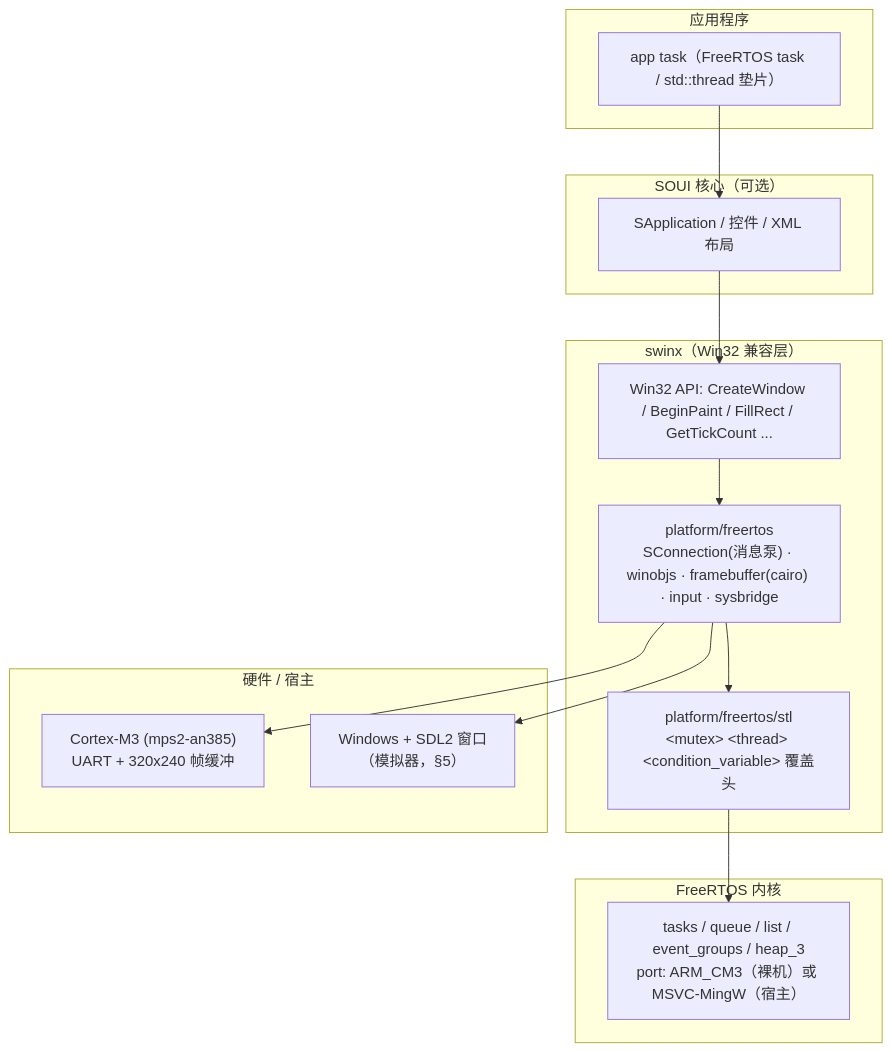
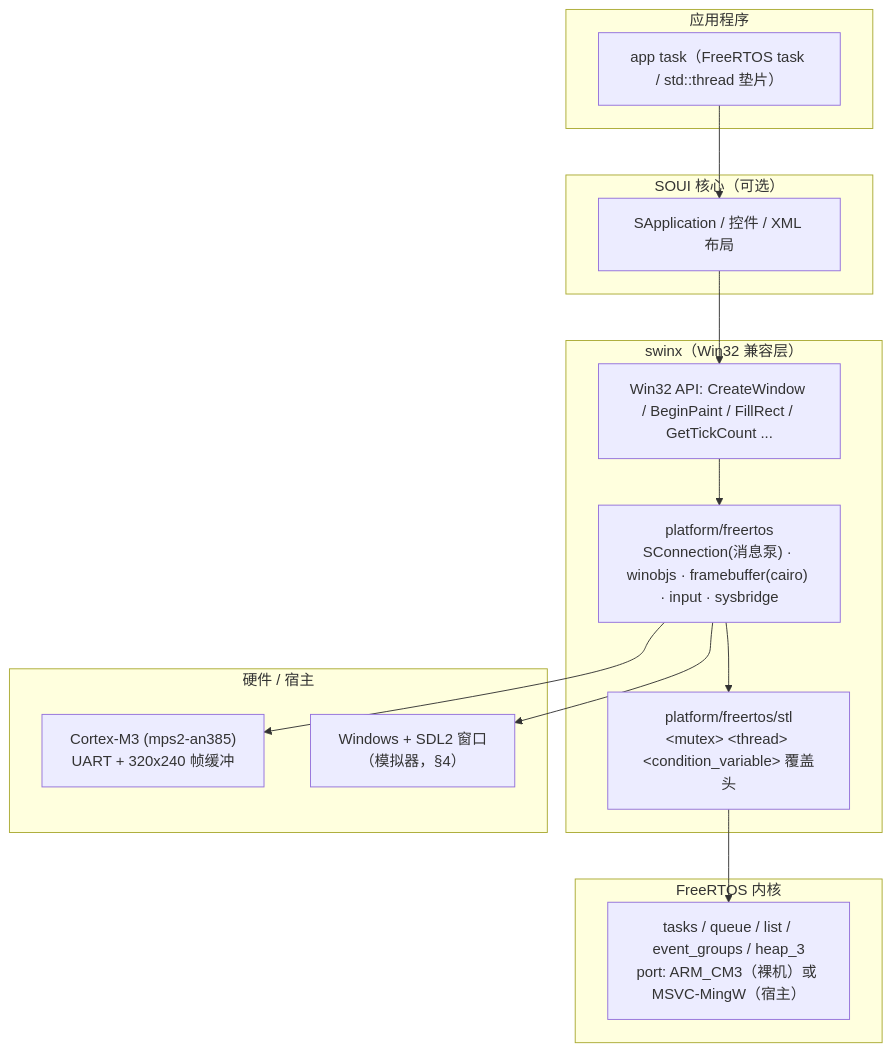
The first of 3 diagrams in SOUI5-FreeRTOS开发指南.md (setoutsoft/soui-freertos), drawn with Mermaid before and after one commit. The commit also changed other lines of this file and 2 other files, not shown here.

````diff
--- a/SOUI5-FreeRTOS开发指南.md
+++ b/SOUI5-FreeRTOS开发指南.md
@@ -41,24 +38,24 @@
 ```mermaid
 flowchart TB
     subgraph APP["应用程序"]
         A1["app task（FreeRTOS task / std::thread 垫片）"]
     end
     subgraph SOUI["SOUI 核心（可选）"]
         B1["SApplication / 控件 / XML 布局"]
     end
     subgraph SWINX["swinx（Win32 兼容层）"]
         C1["Win32 API: CreateWindow / BeginPaint / FillRect / GetTickCount ..."]
         C2["platform/freertos<br/>SConnection(消息泵) · winobjs · framebuffer(cairo) · input · sysbridge"]
         C3["platform/freertos/stl<br/>&lt;mutex&gt; &lt;thread&gt; &lt;condition_variable&gt; 覆盖头"]
     end
     subgraph RT["FreeRTOS 内核"]
         D1["tasks / queue / list / event_groups / heap_3<br/>port: ARM_CM3（裸机）或 MSVC-MingW（宿主）"]
     end
     subgraph HW["硬件 / 宿主"]
         E1["Cortex-M3 (mps2-an385)<br/>UART + 320x240 帧缓冲"]
-        E2["Windows + SDL2 窗口<br/>（模拟器，§5）"]
+        E2["Windows + SDL2 窗口<br/>（模拟器，§4）"]
     end
     A1 --> B1 --> C1 --> C2 --> C3 --> D1
     C2 --> E1
     C2 --> E2
 ```
````
